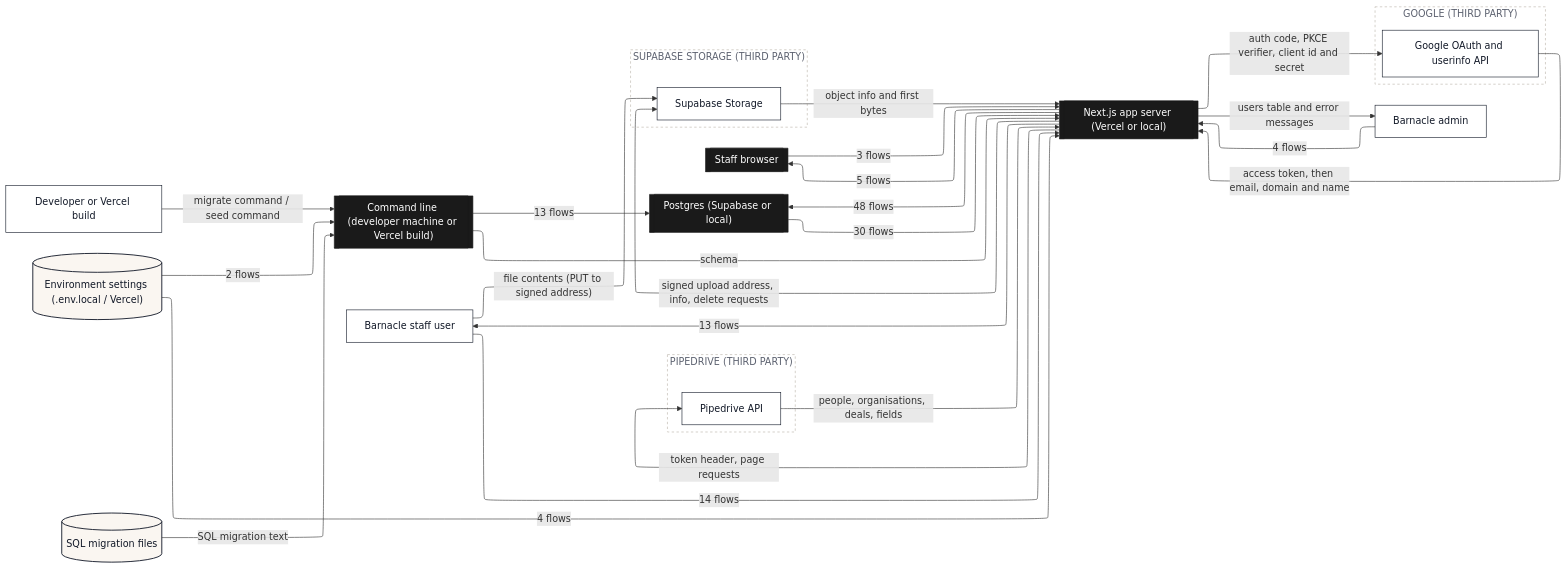
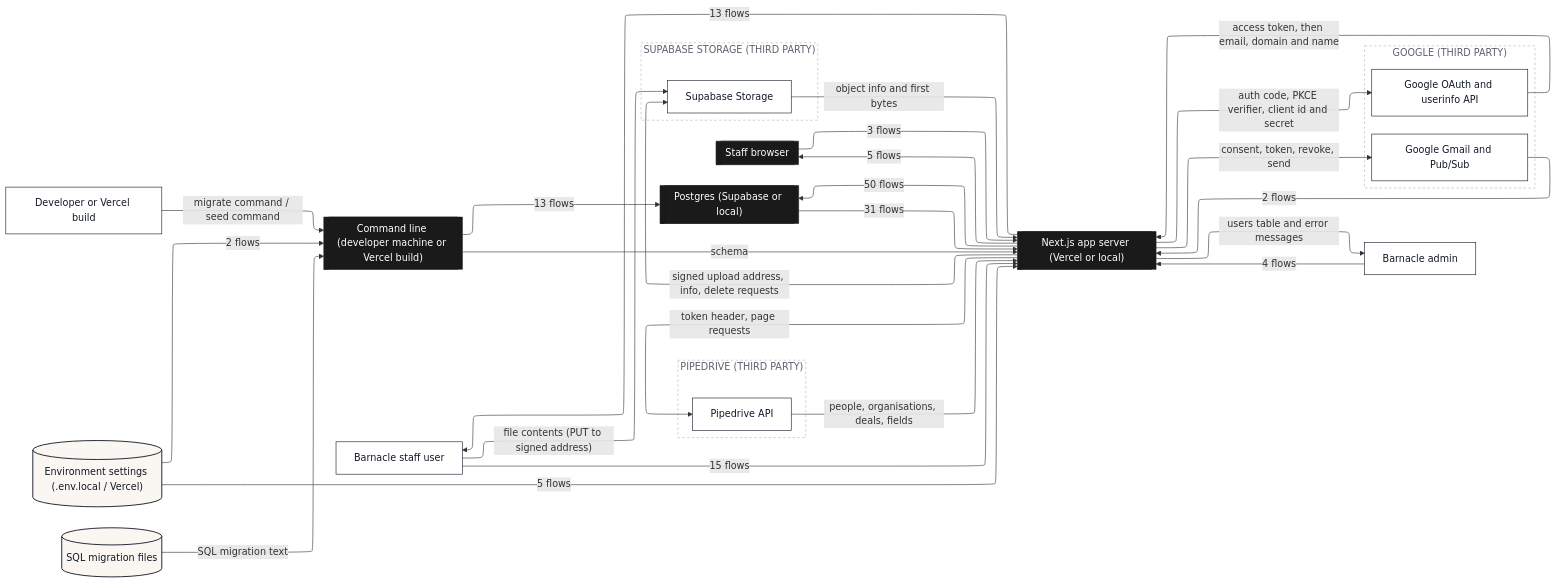
The second of 13 diagrams in dataflow/DATAFLOW.md (Romain-Perche/Barnacle-Pipe), drawn with Mermaid before and after one commit. The commit also changed other lines of this file and 12 other files, not shown here.

````diff
--- a/dataflow/DATAFLOW.md
+++ b/dataflow/DATAFLOW.md
@@ -126,58 +134,61 @@
 ```mermaid
 ---
 config:
   layout: elk
 ---
 flowchart LR
     n1[["Next.js app server (Vercel or local)"]]
     n2[["Staff browser"]]
     n3[["Command line (developer machine or Vercel build)"]]
     n4[["Postgres (Supabase or local)"]]
     n5["Barnacle admin"]
     n6["Developer or Vercel build"]
     n7[("Environment settings (.env.local / Vercel)")]
     n8[("SQL migration files")]
     n9["Barnacle staff user"]
     subgraph z1["GOOGLE (THIRD PARTY)"]
-        n10["Google OAuth and userinfo API"]
+        n10["Google Gmail and Pub/Sub"]
+        n11["Google OAuth and userinfo API"]
     end
     subgraph z2["PIPEDRIVE (THIRD PARTY)"]
-        n11["Pipedrive API"]
+        n12["Pipedrive API"]
     end
     subgraph z3["SUPABASE STORAGE (THIRD PARTY)"]
-        n12["Supabase Storage"]
+        n13["Supabase Storage"]
     end
-    n1 -->|"48 flows"| n4
+    n1 -->|"50 flows"| n4
     n1 -->|"13 flows"| n9
-    n4 -->|"30 flows"| n1
+    n4 -->|"31 flows"| n1
     n5 -->|"4 flows"| n1
     n2 -->|"3 flows"| n1
     n6 -->|"migrate command / seed command"| n3
-    n7 -->|"4 flows"| n1
+    n7 -->|"5 flows"| n1
     n7 -->|"2 flows"| n3
     n1 -->|"5 flows"| n2
-    n1 -->|"signed upload address, info, delete requests"| n12
-    n1 -->|"auth code, PKCE verifier, client id and secret"| n10
-    n10 -->|"access token, then email, domain and name"| n1
+    n1 -->|"signed upload address, info, delete requests"| n13
+    n10 -->|"2 flows"| n1
+    n1 -->|"consent, token, revoke, send"| n10
+    n1 -->|"auth code, PKCE verifier, client id and secret"| n11
+    n11 -->|"access token, then email, domain and name"| n1
     n3 -->|"13 flows"| n4
     n3 -->|"schema"| n1
     n8 -->|"SQL migration text"| n3
-    n11 -->|"people, organisations, deals, fields"| n1
-    n1 -->|"token header, page requests"| n11
-    n9 -->|"14 flows"| n1
-    n9 -->|"file contents (PUT to signed address)"| n12
-    n12 -->|"object info and first bytes"| n1
+    n12 -->|"people, organisations, deals, fields"| n1
+    n1 -->|"token header, page requests"| n12
+    n9 -->|"15 flows"| n1
+    n9 -->|"file contents (PUT to signed address)"| n13
+    n13 -->|"object info and first bytes"| n1
     n1 -->|"users table and error messages"| n5
     classDef actor fill:#FFFFFF,stroke:#111827,stroke-width:1px,color:#111827
     classDef process fill:#EDEAFF,stroke:#2B00FF,stroke-width:1.5px,color:#111827
     classDef store fill:#FAF6F1,stroke:#111827,stroke-width:1.5px,color:#111827
     classDef zone fill:#1A1A1A,stroke:#1A1A1A,color:#FFFFFF
     classDef group fill:#2B00FF,stroke:#2B00FF,color:#FFFFFF
     classDef stub fill:#FFFFFF,stroke:#2B00FF,stroke-width:1.5px,stroke-dasharray:5 4,color:#2B00FF
-    class n5,n6,n9,n10,n11,n12 actor
+    class n5,n6,n9,n10,n11,n12,n13 actor
     class n7,n8 store
     class n1,n2,n3,n4 zone
     style z1 fill:#FFFFFF,stroke:#B9B2A8,stroke-dasharray:4 4,color:#5D6270
     style z2 fill:#FFFFFF,stroke:#B9B2A8,stroke-dasharray:4 4,color:#5D6270
     style z3 fill:#FFFFFF,stroke:#B9B2A8,stroke-dasharray:4 4,color:#5D6270
 ```
````
